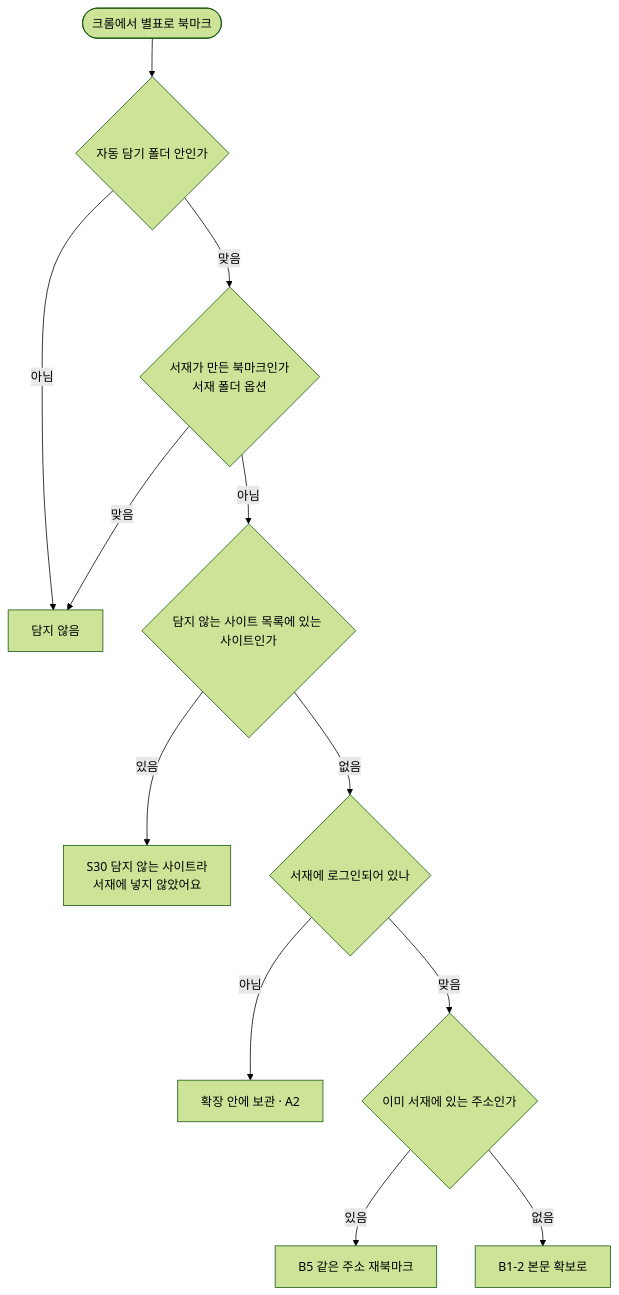
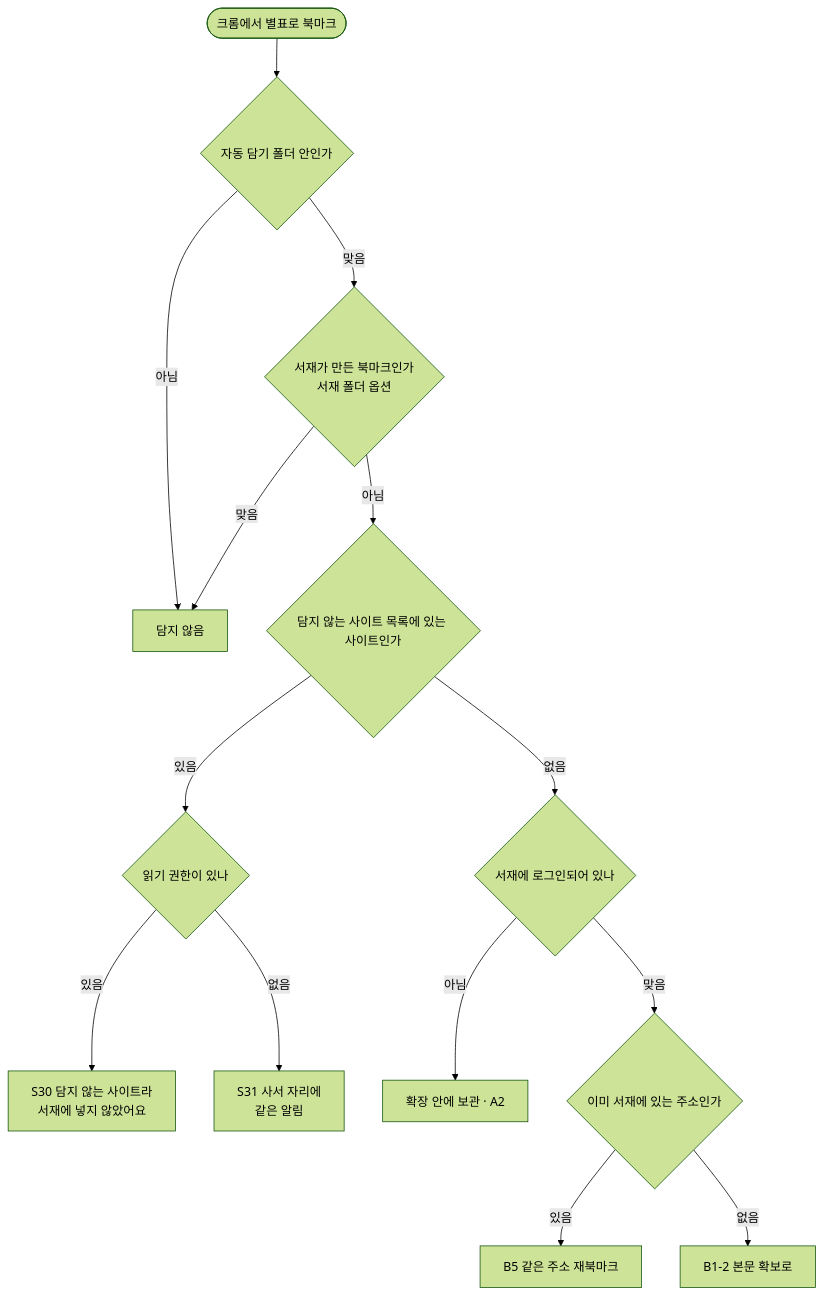
One commit to daheww-wq/0929 changed the diagram in flows/src/B1-1.mmd. Above: the diagram before and after it, drawn with Mermaid (forest theme). The commit also changed 33040 other files, not shown here.

First line of the commit message:
03 흐름도: 읽기 권한(A1·A5·B1-1·B1-2·B4)과 arXiv 새 판(B5) 반영, SVG·flows.html 재생성

```diff
--- a/flows/src/B1-1.mmd
+++ b/flows/src/B1-1.mmd
@@ -1,12 +1,14 @@
 flowchart TD
   A([크롬에서 별표로 북마크]) --> B{"자동 담기 폴더 안인가"}
   B -- 아님 --> X["담지 않음"]
   B -- 맞음 --> B1{"서재가 만든 북마크인가<br/>서재 폴더 옵션"}
   B1 -- 맞음 --> X
   B1 -- 아님 --> C{"담지 않는 사이트 목록에 있는 사이트인가"}
-  C -- 있음 --> X2["S30 담지 않는 사이트라<br/>서재에 넣지 않았어요"]
+  C -- 있음 --> X3{"읽기 권한이 있나"}
+  X3 -- 있음 --> X2["S30 담지 않는 사이트라<br/>서재에 넣지 않았어요"]
+  X3 -- 없음 --> X4["S31 사서 자리에<br/>같은 알림"]
   C -- 없음 --> D{"서재에 로그인되어 있나"}
   D -- 아님 --> D1["확장 안에 보관 · A2"]
   D -- 맞음 --> E{"이미 서재에 있는 주소인가"}
   E -- 있음 --> E1["B5 같은 주소 재북마크"]
   E -- 없음 --> F["B1-2 본문 확보로"]
```
